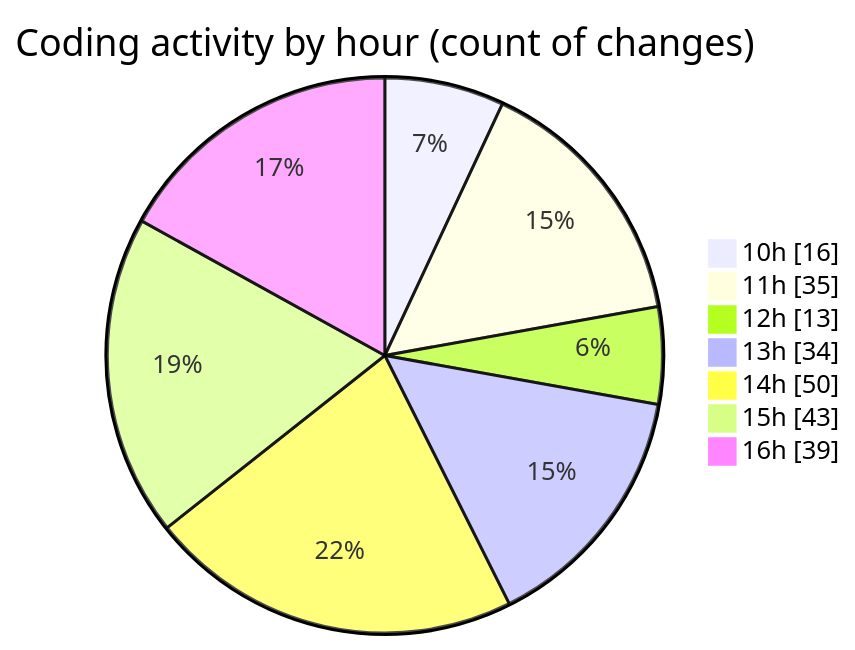
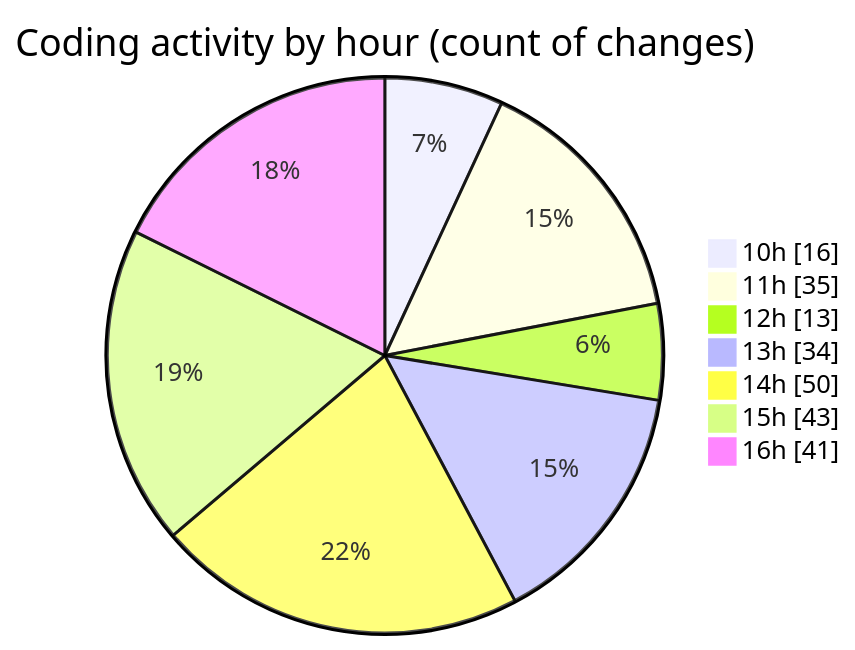
One commit to charlie-sans/code-tracking changed the second of 2 diagrams in 2025-02-20/micros/README.md. Above: the diagram before and after it, drawn with Mermaid. The commit also changed other lines of this file and 1 other file, not shown here.

````diff
--- a/2025-02-20/micros/README.md
+++ b/2025-02-20/micros/README.md
@@ -67,11 +67,11 @@
 ```mermaid
 pie showData
 title Coding activity by hour (count of changes)
 "10h" : 16
 "11h" : 35
 "12h" : 13
 "13h" : 34
 "14h" : 50
 "15h" : 43
-"16h" : 39
+"16h" : 41
 ```
````
